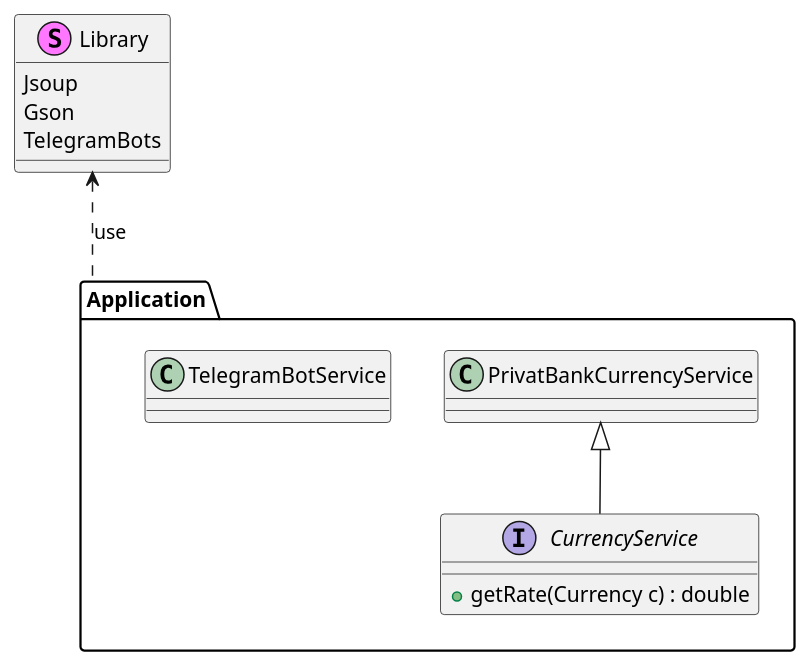
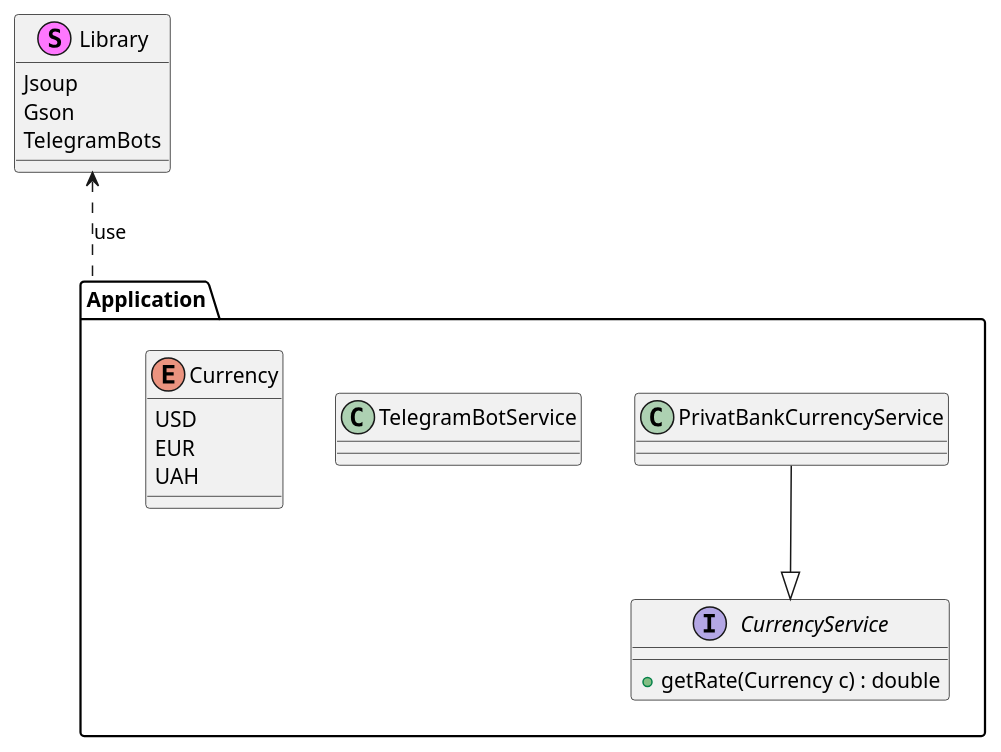
The diagram in src/main/java/AppScheme.puml (wwVitaliy/CurrencyRateTelegramBot), drawn with PlantUML before and after one commit. The commit also changed 4 other files, not shown here.

```diff
--- a/src/main/java/AppScheme.puml
+++ b/src/main/java/AppScheme.puml
@@ -1,28 +1,31 @@
 @startuml
 
 stereotype "Library"{
     Jsoup
     Gson
     TelegramBots
 }
 
 "Library" <.. "Application" : use
 
 package "Application"{
 
     interface CurrencyService{
         + getRate(Currency c) : double
     }
 
     class PrivatBankCurrencyService
 
     class TelegramBotService
 
+    enum Currency{
+        USD
+        EUR
+        UAH
+    }
 
-
-    PrivatBankCurrencyService <|-- CurrencyService
+    PrivatBankCurrencyService --|> CurrencyService
 
 }
 
-
 @enduml
```
